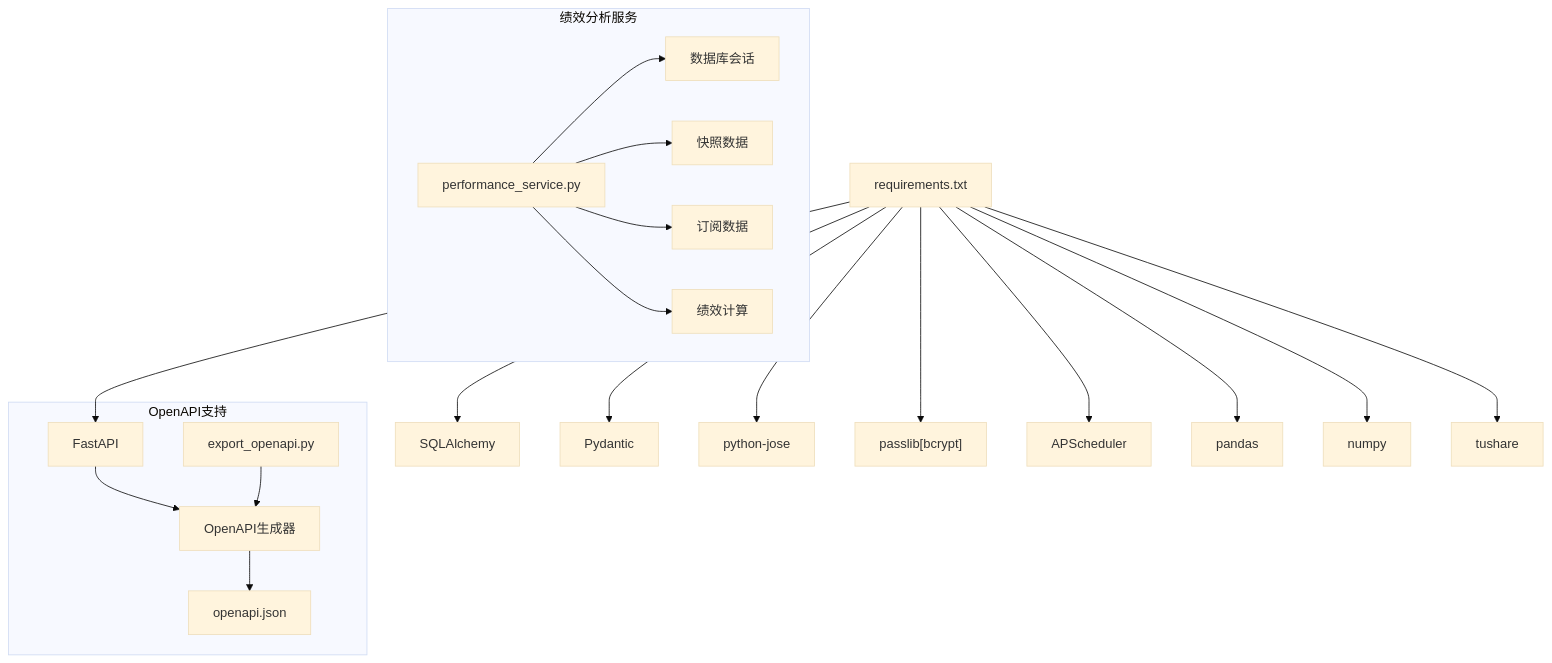
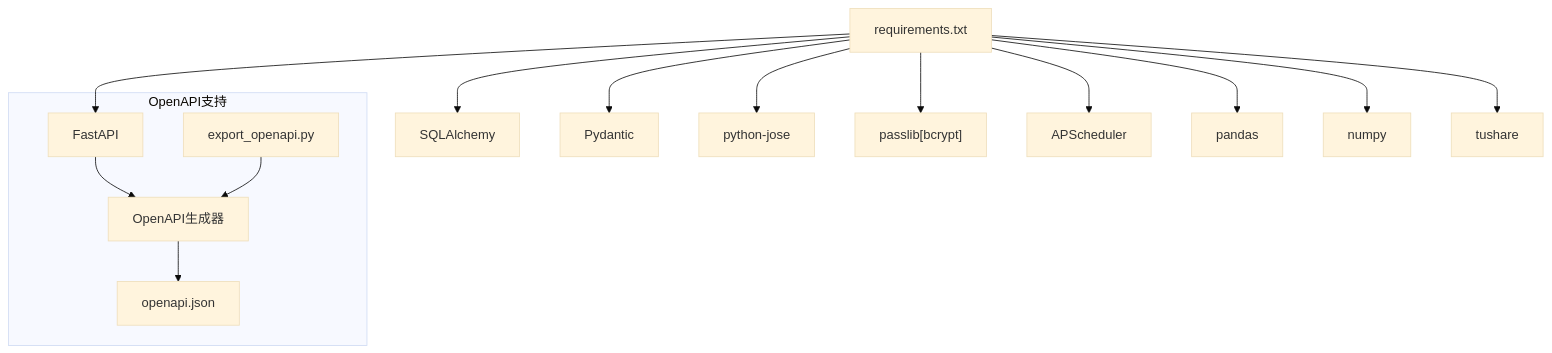
The third of 17 diagrams in .qoder/repowiki/zh/content/后端API文档/后端API文档.md (gujialind/InvestRing), drawn with Mermaid (base theme) before and after one commit. The commit also changed other lines of this file and 64 other files, not shown here.

````diff
--- a/.qoder/repowiki/zh/content/后端API文档/后端API文档.md
+++ b/.qoder/repowiki/zh/content/后端API文档/后端API文档.md
@@ -755,23 +857,17 @@
 ```mermaid
 graph TB
 Req["requirements.txt"] --> FA["FastAPI"]
 Req --> SA["SQLAlchemy"]
 Req --> PD["Pydantic"]
 Req --> JO["python-jose"]
 Req --> PB["passlib[bcrypt]"]
 Req --> AP["APScheduler"]
 Req --> PDa["pandas"]
 Req --> NP["numpy"]
 Req --> TS["tushare"]
 subgraph "OpenAPI支持"
 FA --> OA["OpenAPI生成器"]
 Exp["export_openapi.py"] --> OA
 OA --> Spec["openapi.json"]
 end
-subgraph "绩效分析服务"
-PS["performance_service.py"] --> DB["数据库会话"]
-PS --> SS["快照数据"]
-PS --> SUB["订阅数据"]
-PS --> PERF["绩效计算"]
-end
 ```
````
